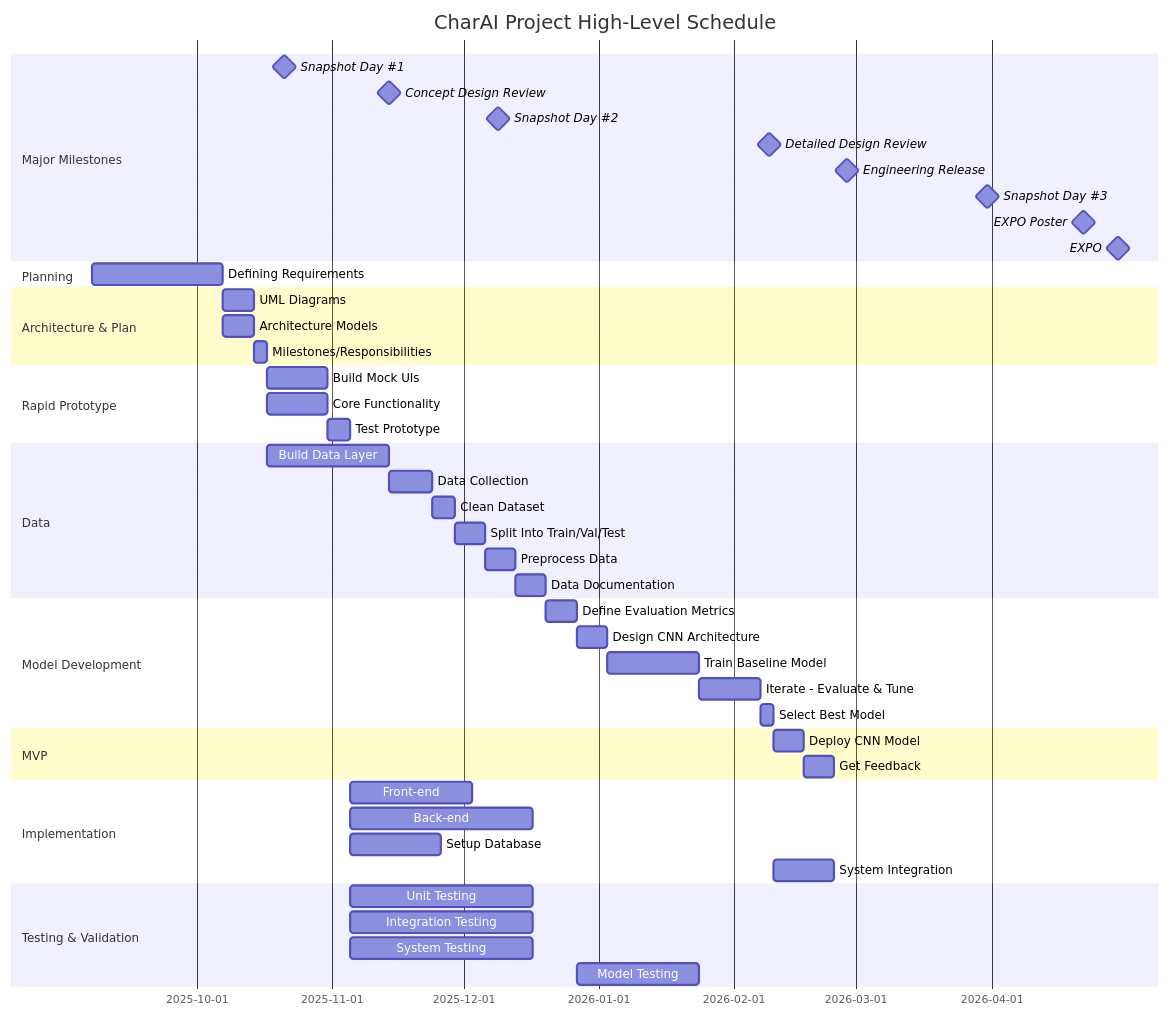
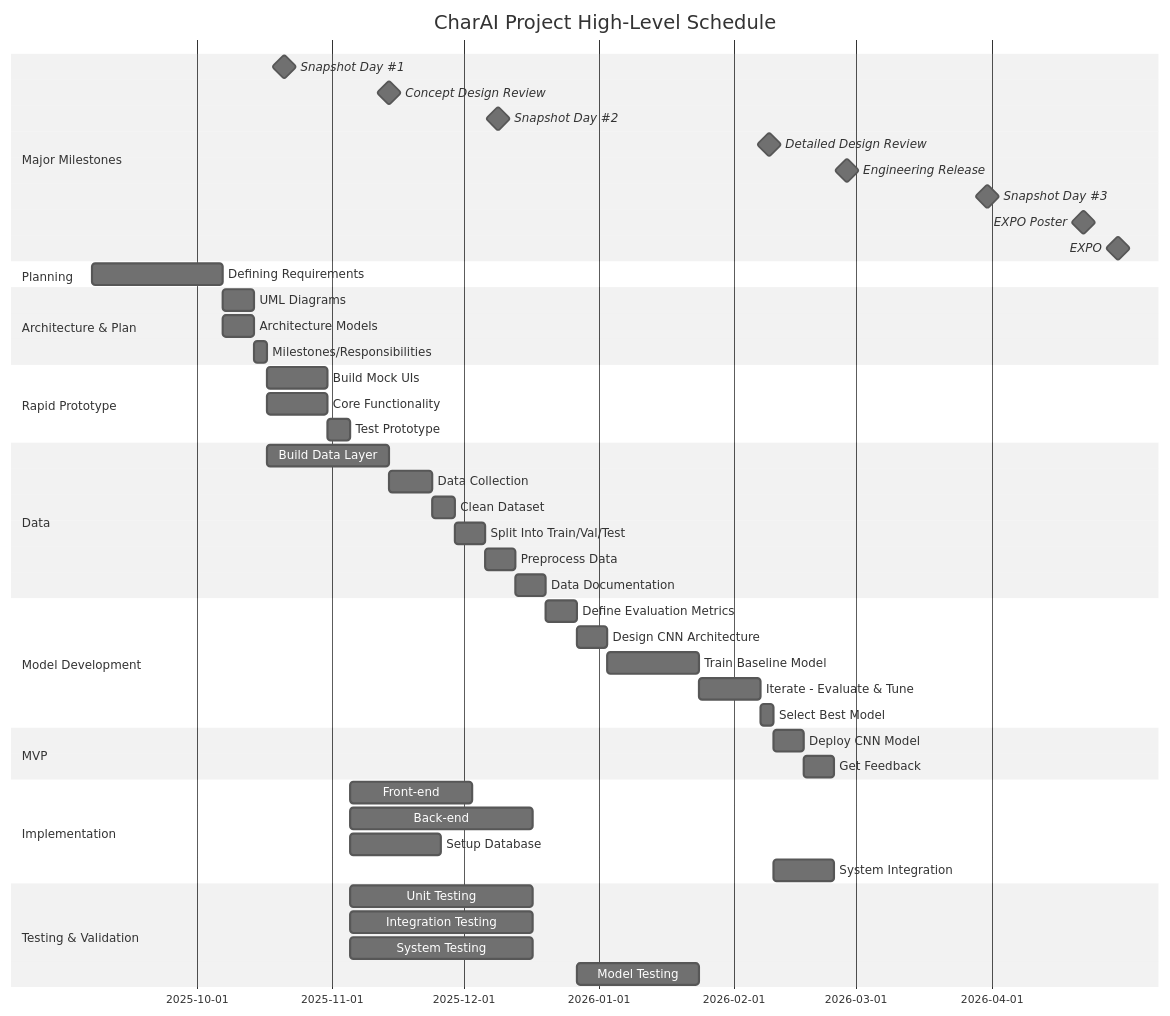
Before and after one commit to JosephPBaruch/CharAI: the diagram in docs/03_Project_Management/Schedule/Gantt.mmd, drawn with Mermaid.

Commit message:
Update Gantt.mmd to use neutral theme

```diff
--- a/docs/03_Project_Management/Schedule/Gantt.mmd
+++ b/docs/03_Project_Management/Schedule/Gantt.mmd
@@ -1,52 +1,52 @@
 ---
 config:
-  theme: default
+  theme: neutral
 ---
 gantt
     title CharAI Project High-Level Schedule
     dateFormat  YYYY-MM-DD
     section Major Milestones
     Snapshot Day #1          :milestone, sd1, 2025-10-21, 0d
     Concept Design Review    :milestone, cdr, 2025-11-14, 0d
     Snapshot Day #2          :milestone, sd2, 2025-12-9, 0d
     Detailed Design Review   :milestone, ddr, 2026-2-9, 0d
     Engineering Release      :milestone, eng, 2026-2-27, 0d
     Snapshot Day #3          :milestone, sd3, 2026-3-31, 0d
     EXPO Poster              :milestone, poster, 2026-4-22, 0d
     EXPO                     :milestone, expo, 2026-4-30, 0d
     section Planning
     Defining Requirements     :reqs, 2025-9-7, 30d
     section Architecture & Plan
     UML Diagrams              :uml, after reqs, 1w
     Architecture Models       :arch, after reqs, 1w
     Milestones/Responsibilities :sresp, after uml arch, 3d
     section Rapid Prototype
     Build Mock UIs            :mock, after sresp, 2w
     Core Functionality        :core, after sresp, 2w
     Test Prototype            :tprot, after core, 5d
     section Data
     Build Data Layer          :data, after sresp, 4w
     Data Collection           :prep, after data, 10d
     Clean Dataset             :dat1, after prep, 5d
     Split Into Train/Val/Test :dat2, after dat1, 1w
     Preprocess Data           :dat3, after dat2, 1w
     Data Documentation        :dat4, after dat3, 1w
     section Model Development
     Define Evaluation Metrics :modl1, after dat4, 1w
     Design CNN Architecture   :modl2, after modl1, 1w
     Train Baseline Model      :modl3, after modl2, 3w
     Iterate - Evaluate & Tune :modl4, after modl3, 2w
     Select Best Model         :modl5, after modl4, 3d
     section MVP
     Deploy CNN Model          :mvp, after modl5, 1w
     Get Feedback              :fdbck, after mvp, 1w
     section Implementation
     Front-end                 :frnt, after tprot, 4w
     Back-end                  :back, after tprot, 6w
     Setup Database            :db, after tprot, 3w
     System Integration        :sysint, after modl5 frnt back db, 2w
     section Testing & Validation
     Unit Testing              :utest, after tprot, 6w
     Integration Testing       :itest, after tprot, 6w
     System Testing            :stest, after tprot, 6w
     Model Testing             :mtest, after modl1, 4w
```
